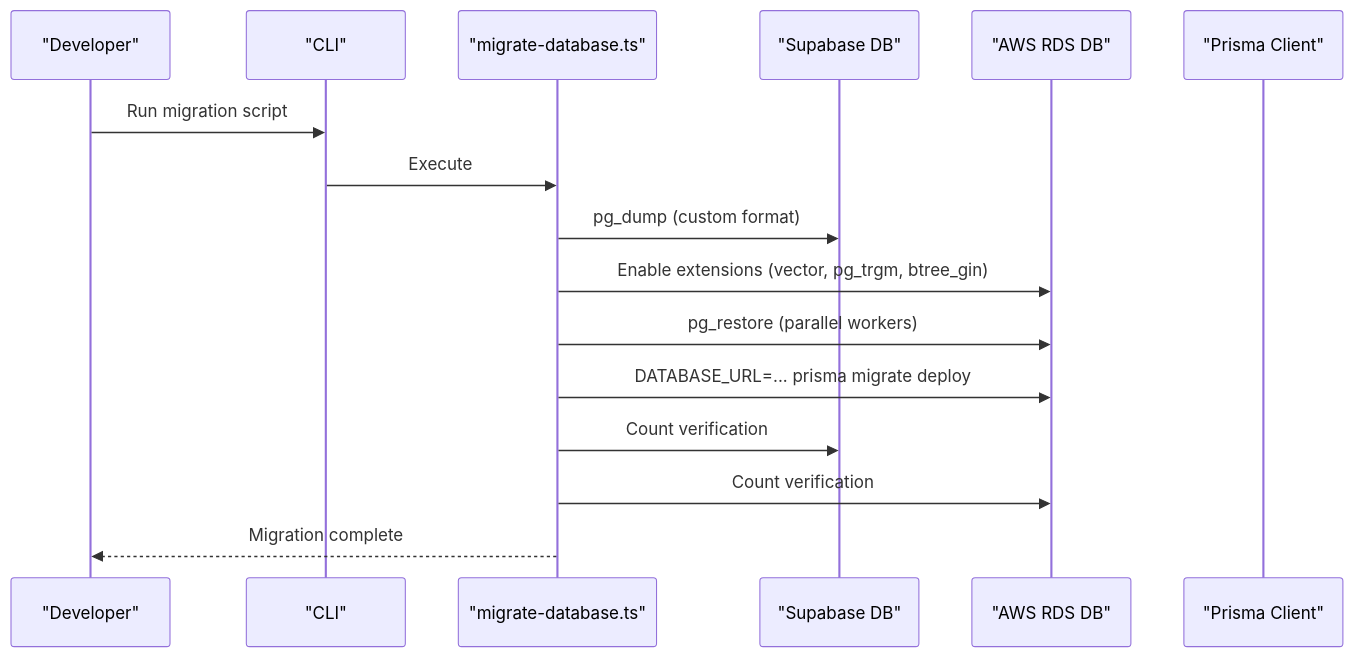
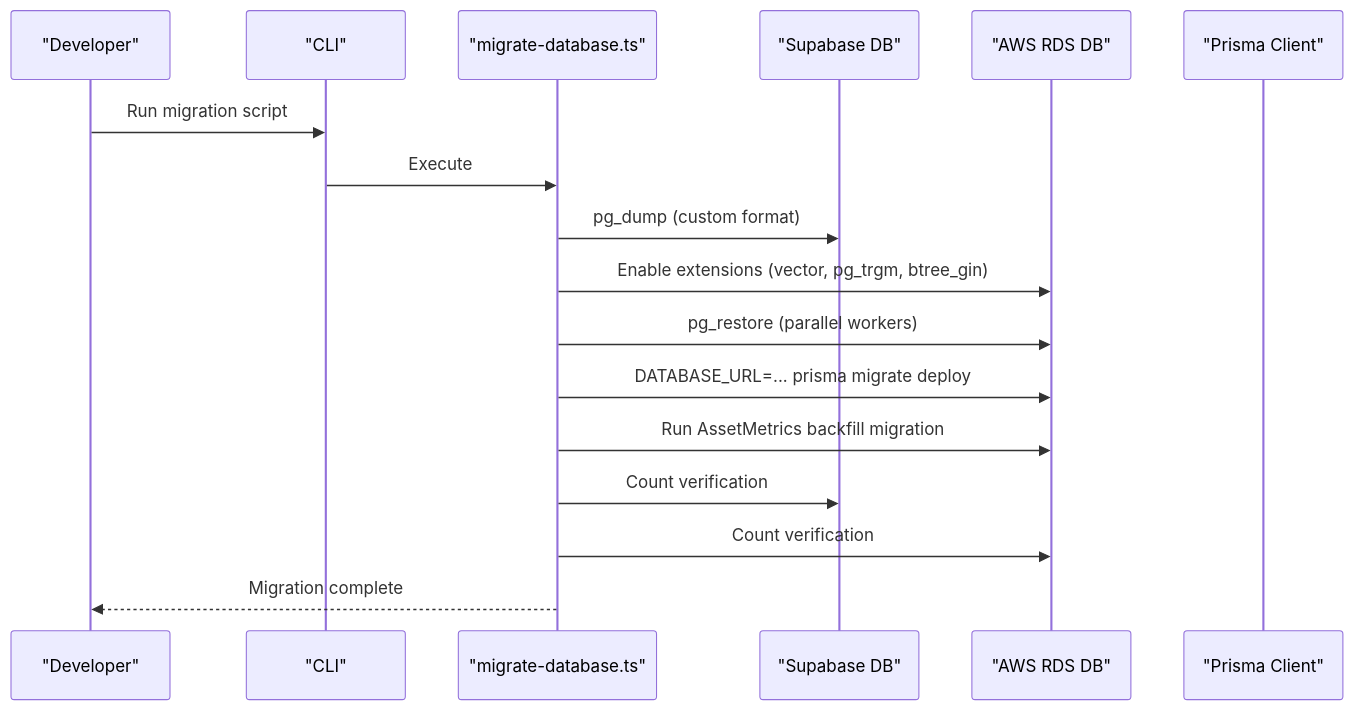
The second of 9 diagrams in .qoder/repowiki/en/content/Architecture & Design/Database Design.md (ecryptoguru/lyraalpha), drawn with Mermaid before and after one commit. The commit also changed other lines of this file and 95 other files, not shown here.

````diff
--- a/.qoder/repowiki/en/content/Architecture & Design/Database Design.md
+++ b/.qoder/repowiki/en/content/Architecture & Design/Database Design.md
@@ -92,18 +120,19 @@
 ```mermaid
 sequenceDiagram
 participant Dev as "Developer"
 participant CLI as "CLI"
 participant Script as "migrate-database.ts"
 participant Supa as "Supabase DB"
 participant RDS as "AWS RDS DB"
 participant Prisma as "Prisma Client"
 Dev->>CLI : Run migration script
 CLI->>Script : Execute
 Script->>Supa : pg_dump (custom format)
 Script->>RDS : Enable extensions (vector, pg_trgm, btree_gin)
 Script->>RDS : pg_restore (parallel workers)
 Script->>RDS : DATABASE_URL=... prisma migrate deploy
+Script->>RDS : Run AssetMetrics backfill migration
 Script->>Supa : Count verification
 Script->>RDS : Count verification
 Script-->>Dev : Migration complete
 ```
````
